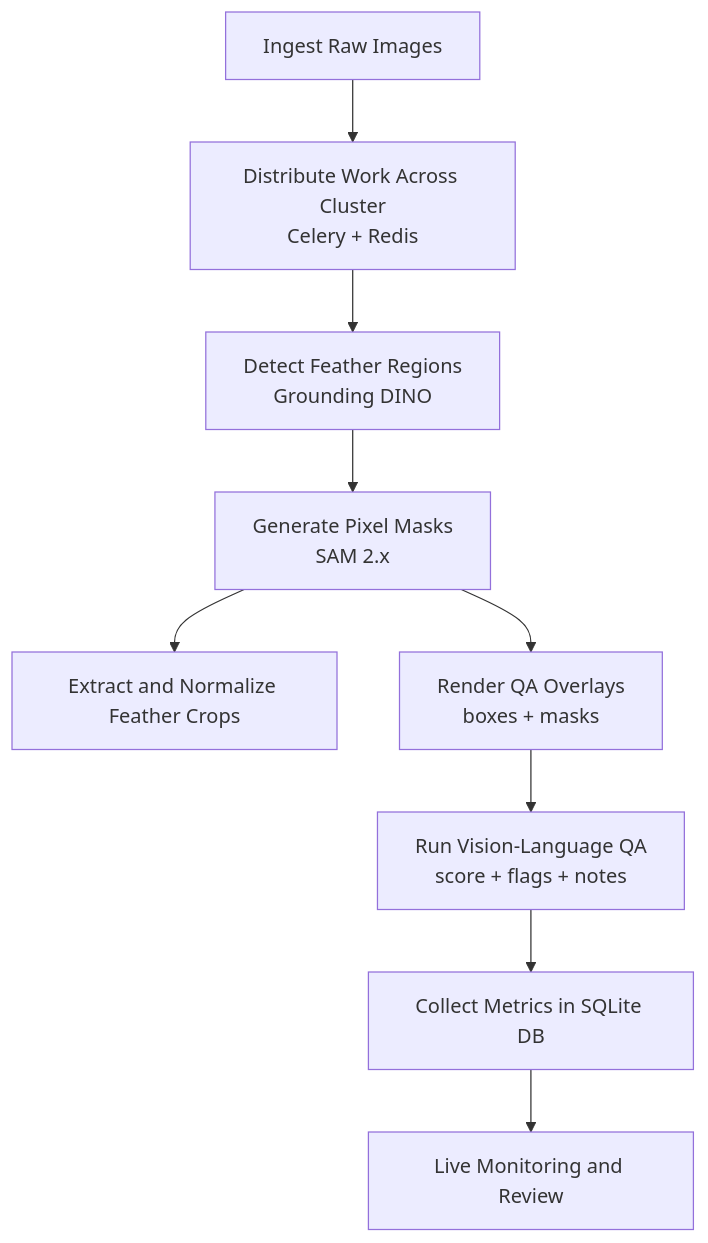
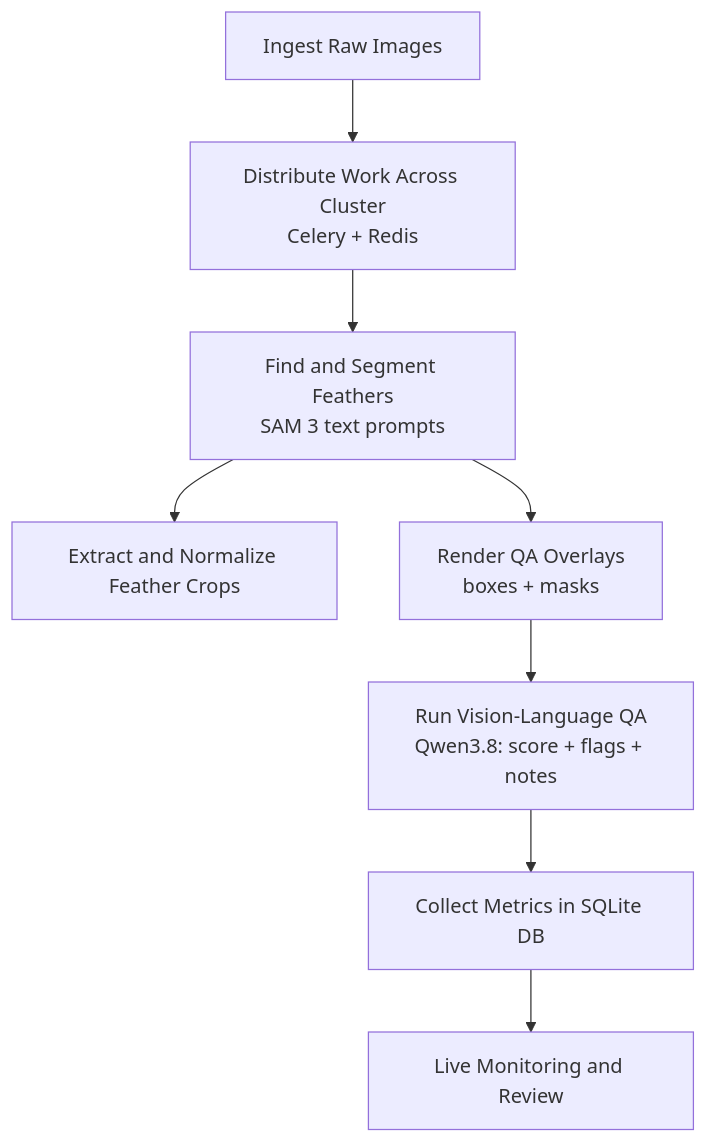
One commit to christytty/bird-feather-analysis changed the diagram in README.md. Above: the diagram before and after it, drawn with Mermaid. The commit also changed other lines of this file and 24 other files, not shown here.

````diff
--- a/README.md
+++ b/README.md
@@ -6,11 +6,10 @@
 ```mermaid
 flowchart TB
     A[Ingest Raw Images] --> B[Distribute Work Across Cluster<br/>Celery + Redis]
-    B --> C[Detect Feather Regions<br/>Grounding DINO]
-    C --> D[Generate Pixel Masks<br/>SAM 2.x]
-    D --> E[Extract and Normalize Feather Crops]
-    D --> F[Render QA Overlays<br/>boxes + masks]
-    F --> G[Run Vision-Language QA<br/>score + flags + notes]
+    B --> C[Find and Segment Feathers<br/>SAM 3 text prompts]
+    C --> E[Extract and Normalize Feather Crops]
+    C --> F[Render QA Overlays<br/>boxes + masks]
+    F --> G[Run Vision-Language QA<br/>Qwen3.8: score + flags + notes]
     G --> H[Collect Metrics in SQLite DB]
     H --> I[Live Monitoring and Review]
 ```
````
